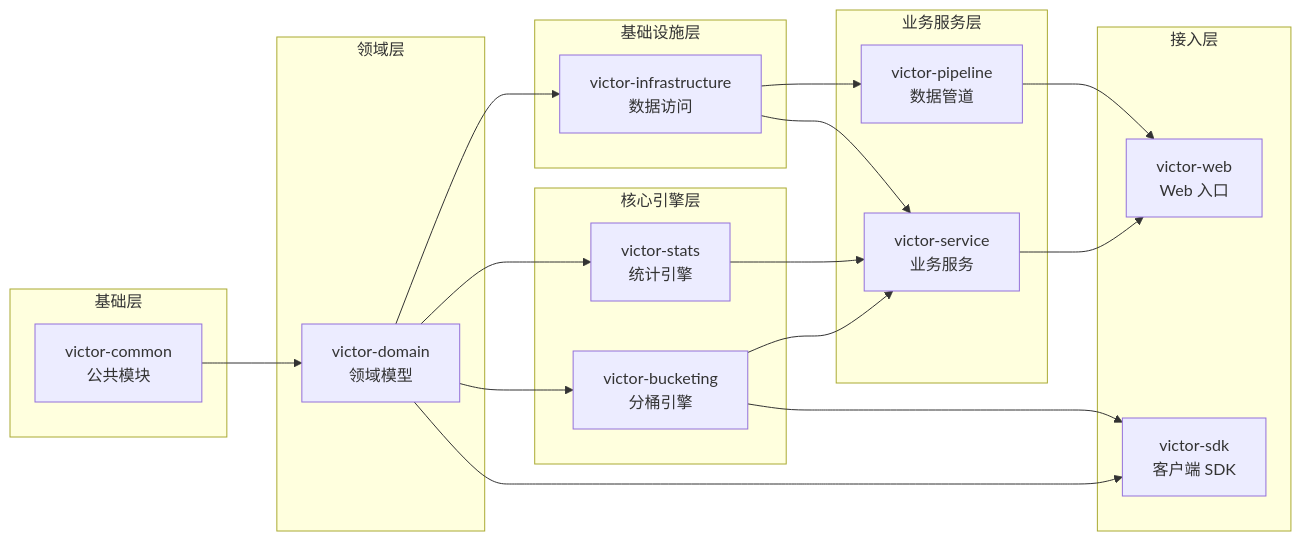
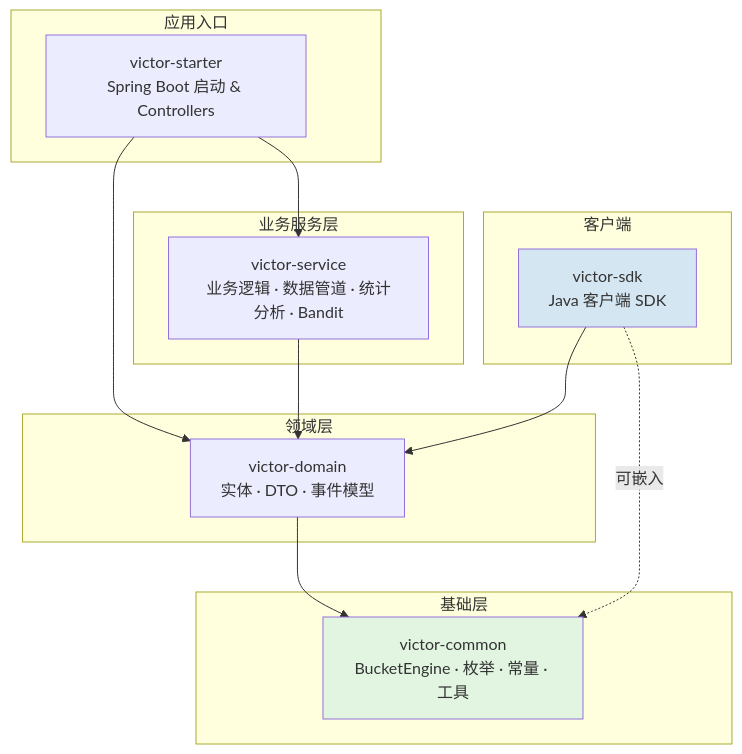
The diagram in docs/docs-site/dev/ab-system/module-design.md (HiCooper/gate-flow), drawn with Mermaid before and after one commit. The commit also changed other lines of this file and 30 other files, not shown here.

````diff
--- a/docs/docs-site/dev/ab-system/module-design.md
+++ b/docs/docs-site/dev/ab-system/module-design.md
@@ -9,42 +9,32 @@
 ```mermaid
-graph LR
-    subgraph Layer1["基础层"]
-        A[victor-common<br/>公共模块]
+graph TD
+    subgraph Application["应用入口"]
+        Starter[victor-starter<br/>Spring Boot 启动 &amp; Controllers]
     end
 
-    subgraph Layer2["领域层"]
-        B[victor-domain<br/>领域模型]
+    subgraph Service["业务服务层"]
+        ServiceMod[victor-service<br/>业务逻辑 · 数据管道 · 统计分析 · Bandit]
     end
 
-    subgraph Layer3["核心引擎层"]
-        C[victor-bucketing<br/>分桶引擎]
-        D[victor-stats<br/>统计引擎]
+    subgraph Domain["领域层"]
+        DomainMod[victor-domain<br/>实体 · DTO · 事件模型]
     end
 
-    subgraph Layer4["基础设施层"]
-        E[victor-infrastructure<br/>数据访问]
+    subgraph Common["基础层"]
+        CommonMod[victor-common<br/>BucketEngine · 枚举 · 常量 · 工具]
     end
 
-    subgraph Layer5["业务服务层"]
-        F[victor-service<br/>业务服务]
-        G[victor-pipeline<br/>数据管道]
+    subgraph Client["客户端"]
+        SDKMod[victor-sdk<br/>Java 客户端 SDK]
     end
 
-    subgraph Layer6["接入层"]
-        H[victor-web<br/>Web 入口]
-        I[victor-sdk<br/>客户端 SDK]
-    end
+    Starter --> ServiceMod
+    Starter --> DomainMod
+    ServiceMod --> DomainMod
+    DomainMod --> CommonMod
+    SDKMod --> DomainMod
+    SDKMod -.->|可嵌入| CommonMod
 
-    A --> B
-    B --> C
-    B --> D
-    B --> E
-    C --> F
-    D --> F
-    E --> F
-    E --> G
-    F --> H
-    G --> H
-    B --> I
-    C --> I
+    style CommonMod fill:#e1f5e1
+    style SDKMod fill:#d4e6f1
 ```
````
